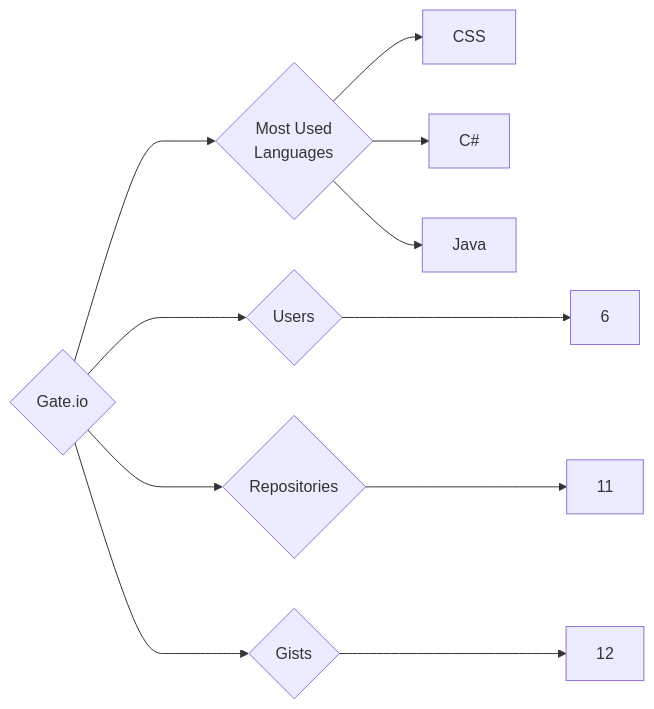
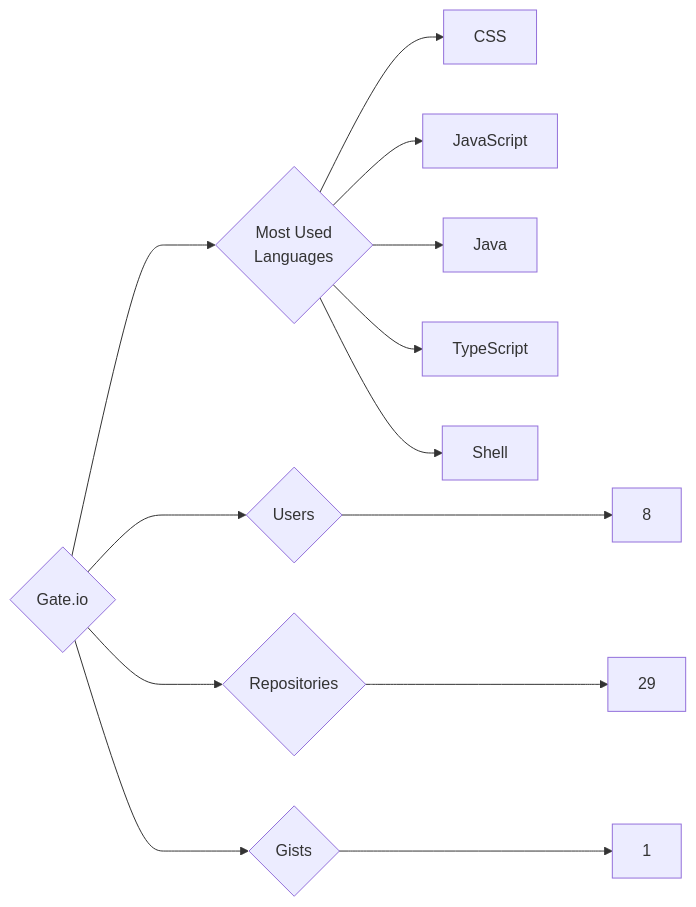
The diagram in targets/Gate.io/README.md (trickest/insiders), drawn with Mermaid before and after one commit. The commit also changed 1003 other files, not shown here.

````diff
--- a/targets/Gate.io/README.md
+++ b/targets/Gate.io/README.md
@@ -3,11 +3,13 @@
 ```mermaid
 graph LR
 COMPANY_NAME{Gate.io}
-COMPANY_NAME ---> U{Users} ---> UN[6]
-COMPANY_NAME ---> R{Repositories} ---> RN[11]
-COMPANY_NAME ---> G{Gists} ---> GN[12]
+COMPANY_NAME ---> U{Users} ---> UN[8]
+COMPANY_NAME ---> R{Repositories} ---> RN[29]
+COMPANY_NAME ---> G{Gists} ---> GN[1]
 COMPANY_NAME ---> ML{Most Used<br>Languages}
 ML --> CSS[CSS]
-ML --> C#[C#]
+ML --> JavaScript[JavaScript]
 ML --> Java[Java]
+ML --> TypeScript[TypeScript]
+ML --> Shell[Shell]
 ```
````
